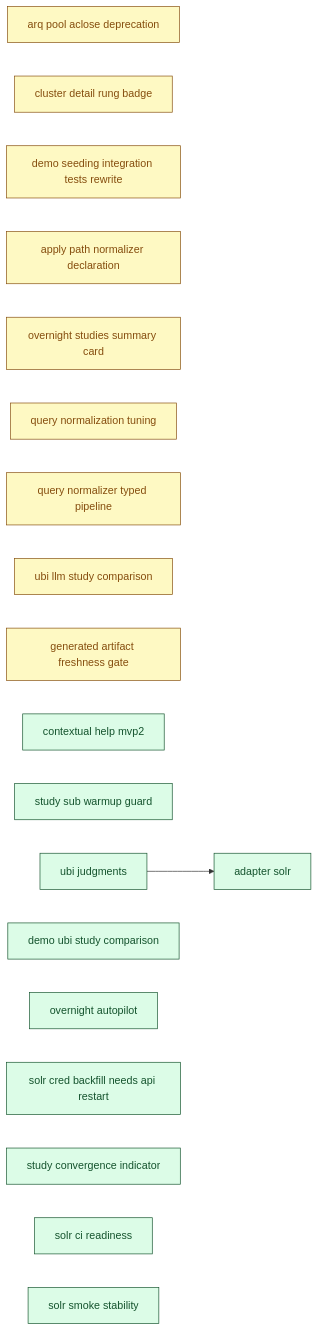
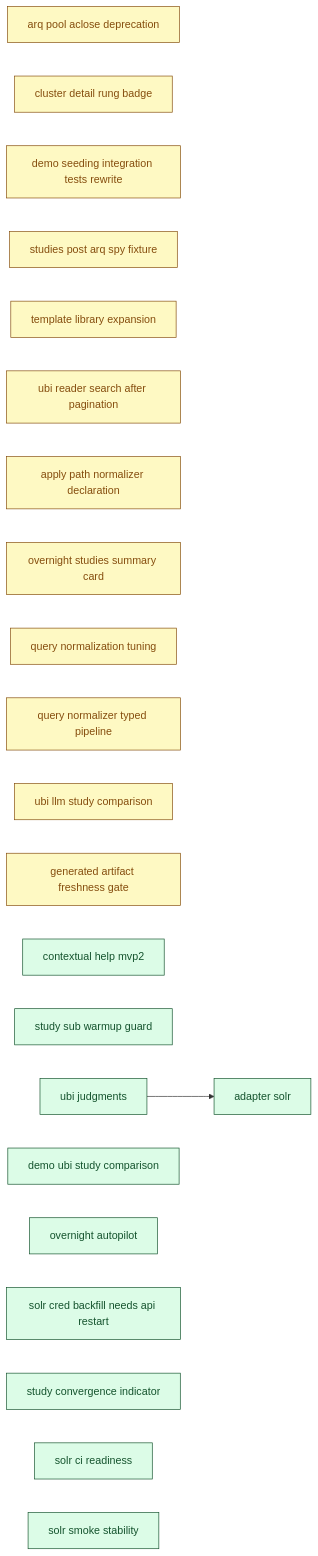
The diagram in docs/00_overview/MVP2_DASHBOARD.md (SoundMindsAI/relyloop), drawn with Mermaid before and after one commit. The commit also changed other lines of this file and 23 other files, not shown here.

````diff
--- a/docs/00_overview/MVP2_DASHBOARD.md
+++ b/docs/00_overview/MVP2_DASHBOARD.md
@@ -105,47 +105,53 @@
 ```mermaid
 graph LR
   classDef done fill:#dcfce7,stroke:#14532d,color:#14532d;
   classDef implement fill:#ffedd5,stroke:#9a3412,color:#9a3412;
   classDef plan fill:#fef9c3,stroke:#854d0e,color:#854d0e;
   classDef spec fill:#dbeafe,stroke:#1e40af,color:#1e40af;
   classDef idea fill:#f1f5f9,stroke:#334155,color:#334155;
   chore_arq_pool_aclose_deprecation["arq pool aclose deprecation"]
   class chore_arq_pool_aclose_deprecation plan;
   chore_cluster_detail_rung_badge["cluster detail rung badge"]
   class chore_cluster_detail_rung_badge plan;
   chore_demo_seeding_integration_tests_rewrite["demo seeding integration tests rewrite"]
   class chore_demo_seeding_integration_tests_rewrite plan;
+  chore_studies_post_arq_spy_fixture["studies post arq spy fixture"]
+  class chore_studies_post_arq_spy_fixture plan;
+  chore_template_library_expansion["template library expansion"]
+  class chore_template_library_expansion plan;
+  chore_ubi_reader_search_after_pagination["ubi reader search after pagination"]
+  class chore_ubi_reader_search_after_pagination plan;
   feat_apply_path_normalizer_declaration["apply path normalizer declaration"]
   class feat_apply_path_normalizer_declaration plan;
   feat_overnight_studies_summary_card["overnight studies summary card"]
   class feat_overnight_studies_summary_card plan;
   feat_query_normalization_tuning["query normalization tuning"]
   class feat_query_normalization_tuning plan;
   feat_query_normalizer_typed_pipeline["query normalizer typed pipeline"]
   class feat_query_normalizer_typed_pipeline plan;
   feat_ubi_llm_study_comparison["ubi llm study comparison"]
   class feat_ubi_llm_study_comparison plan;
   infra_generated_artifact_freshness_gate["generated artifact freshness gate"]
   class infra_generated_artifact_freshness_gate plan;
   feat_contextual_help_mvp2["contextual help mvp2"]
   class feat_contextual_help_mvp2 done;
   feat_study_sub_warmup_guard["study sub warmup guard"]
   class feat_study_sub_warmup_guard done;
   feat_ubi_judgments["ubi judgments"]
   class feat_ubi_judgments done;
   feat_demo_ubi_study_comparison["demo ubi study comparison"]
   class feat_demo_ubi_study_comparison done;
   feat_overnight_autopilot["overnight autopilot"]
   class feat_overnight_autopilot done;
   infra_adapter_solr["adapter solr"]
   class infra_adapter_solr done;
   chore_solr_cred_backfill_needs_api_restart["solr cred backfill needs api restart"]
   class chore_solr_cred_backfill_needs_api_restart done;
   feat_study_convergence_indicator["study convergence indicator"]
   class feat_study_convergence_indicator done;
   infra_solr_ci_readiness["solr ci readiness"]
   class infra_solr_ci_readiness done;
   infra_solr_smoke_stability["solr smoke stability"]
   class infra_solr_smoke_stability done;
   feat_ubi_judgments --> infra_adapter_solr
 ```
````
